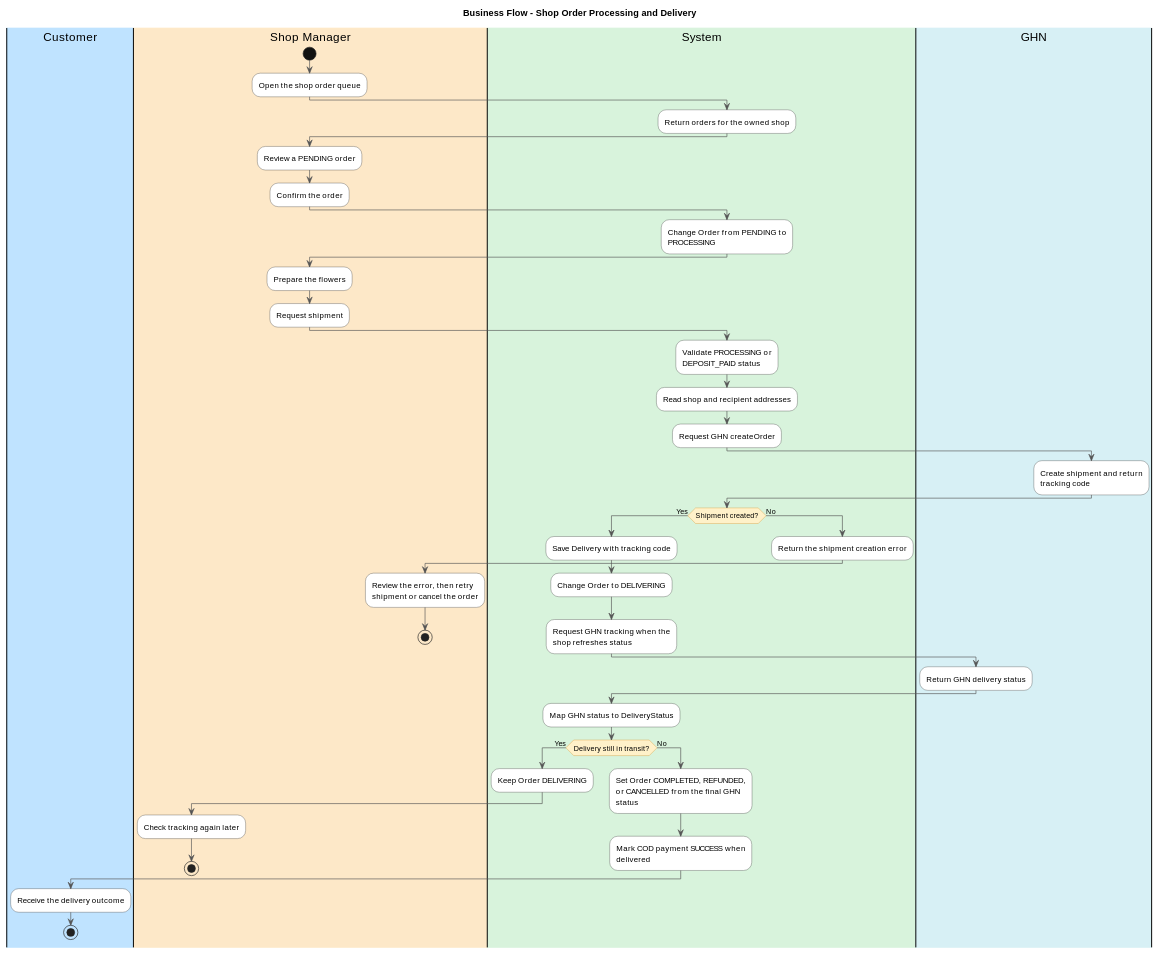
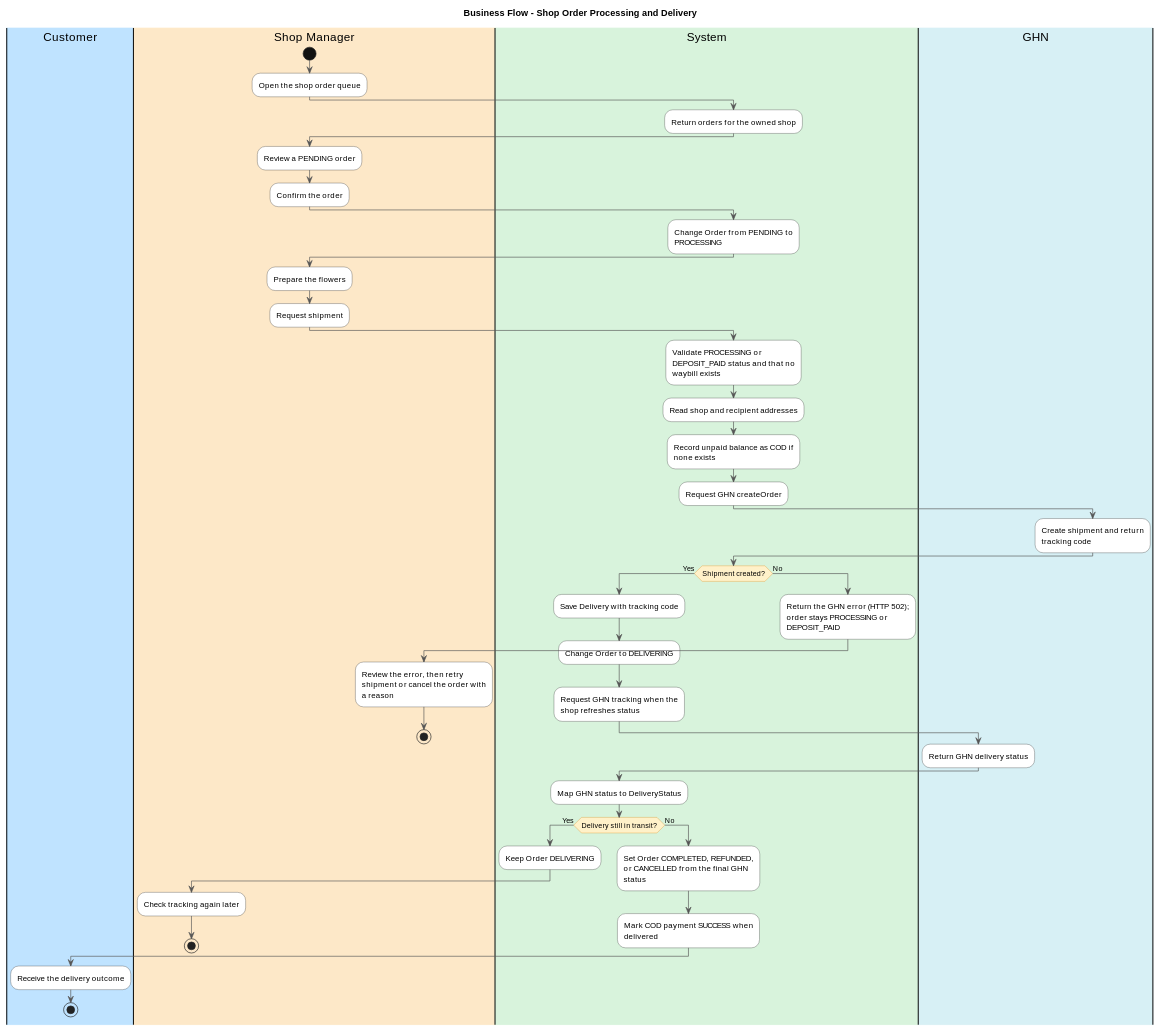
The third of 8 diagrams in SWIMLANES.md (duckpao/FlowerShop_SWP391), drawn with PlantUML before and after one commit. The commit also changed other lines of this file and 356 other files, not shown here.

````diff
--- a/SWIMLANES.md
+++ b/SWIMLANES.md
@@ -154,70 +166,71 @@
 ```plantuml
 @startuml
 title Business Flow - Shop Order Processing and Delivery
 skinparam shadowing false
 skinparam defaultFontName Arial
 skinparam wrapWidth 200
 skinparam ArrowColor #555555
 skinparam activity {
   BackgroundColor #FFFFFF
   BorderColor #333333
   DiamondBackgroundColor #FFF1C9
   DiamondBorderColor #D88916
   StartColor #111111
   EndColor #111111
 }
 
 |#BFE3FF|Customer|
 |#FDE8C8|Shop Manager|
 |#D8F3DC|System|
 |#D7F0F5|GHN|
 |Shop Manager|
 start
 :Open the shop order queue;
 |System|
 :Return orders for the owned shop;
 |Shop Manager|
 :Review a PENDING order;
 :Confirm the order;
 |System|
 :Change Order from PENDING to PROCESSING;
 |Shop Manager|
 :Prepare the flowers;
 :Request shipment;
 |System|
-:Validate PROCESSING or DEPOSIT_PAID status;
+:Validate PROCESSING or DEPOSIT_PAID status and that no waybill exists;
 :Read shop and recipient addresses;
+:Record unpaid balance as COD if none exists;
 :Request GHN createOrder;
 |GHN|
 :Create shipment and return tracking code;
 |System|
 if (Shipment created?) then (Yes)
   :Save Delivery with tracking code;
   :Change Order to DELIVERING;
   :Request GHN tracking when the shop refreshes status;
   |GHN|
   :Return GHN delivery status;
   |System|
   :Map GHN status to DeliveryStatus;
   if (Delivery still in transit?) then (Yes)
     :Keep Order DELIVERING;
     |Shop Manager|
     :Check tracking again later;
     stop
   else (No)
     |System|
     :Set Order COMPLETED, REFUNDED, or CANCELLED from the final GHN status;
     :Mark COD payment SUCCESS when delivered;
     |Customer|
     :Receive the delivery outcome;
     stop
   endif
 else (No)
   |System|
-  :Return the shipment creation error;
+  :Return the GHN error (HTTP 502); order stays PROCESSING or DEPOSIT_PAID;
   |Shop Manager|
-  :Review the error, then retry shipment or cancel the order;
+  :Review the error, then retry shipment or cancel the order with a reason;
   stop
 endif
 @enduml
 ```
````
